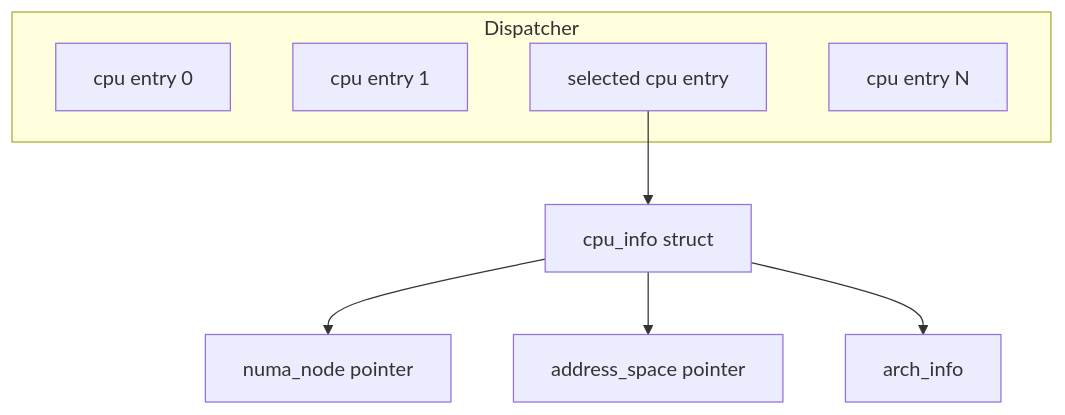
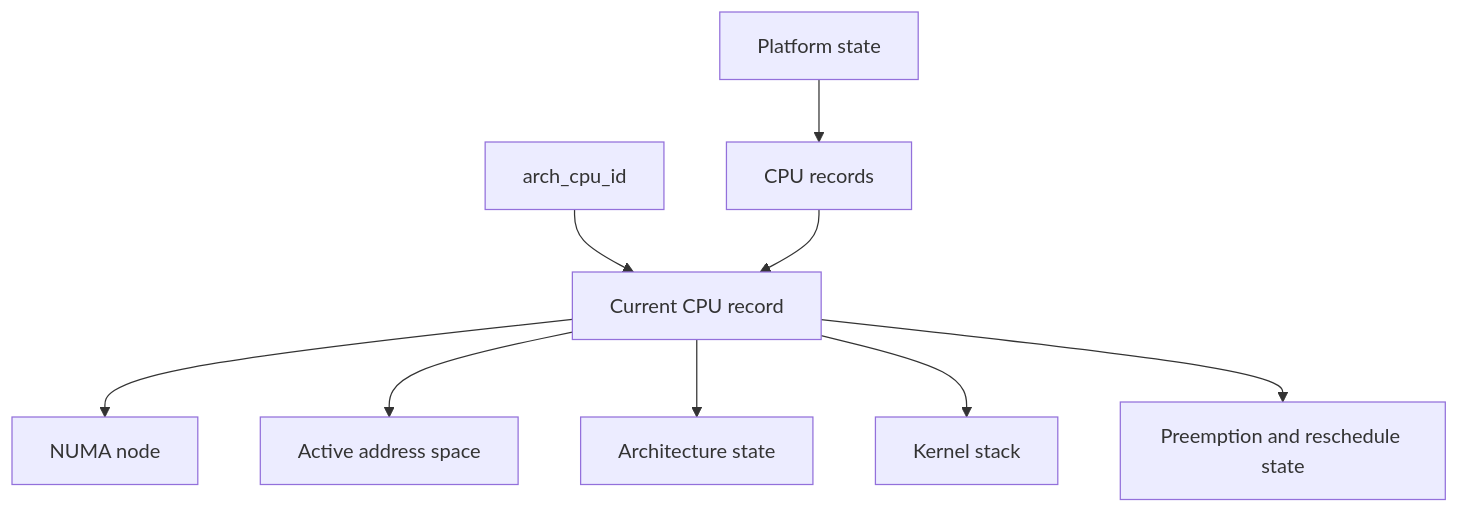
The fourth of 11 diagrams in docs/DIAGRAMS.md (marwan475/Arx), drawn with Mermaid before and after one commit. The commit also changed other lines of this file and 12 other files, not shown here.

Commit message:
update platform diagrams

````diff
--- a/docs/DIAGRAMS.md
+++ b/docs/DIAGRAMS.md
@@ -54,15 +79,13 @@
 ```mermaid
-graph TD
-
-    subgraph Dispatcher
-        CPU1[cpu entry 0]
-        CPU2[cpu entry 1]
-        SLOT[selected cpu entry]
-        CPUN[cpu entry N]
-    end
-
-    SLOT --> CPU[cpu_info struct]
-    CPU --> NUMA[numa_node pointer]
-    CPU --> VAS[address_space pointer]
-    CPU --> ARCH[arch_info]
+flowchart TB
+    accTitle: Platform CPU state
+    accDescr: The current architecture CPU ID selects a platform CPU record containing machine and memory state.
+    P[Platform state] --> T[CPU records]
+    I[arch_cpu_id] --> C[Current CPU record]
+    T --> C
+    C --> N[NUMA node]
+    C --> V[Active address space]
+    C --> A[Architecture state]
+    C --> S[Kernel stack]
+    C --> R[Preemption and reschedule state]
 ```
````
